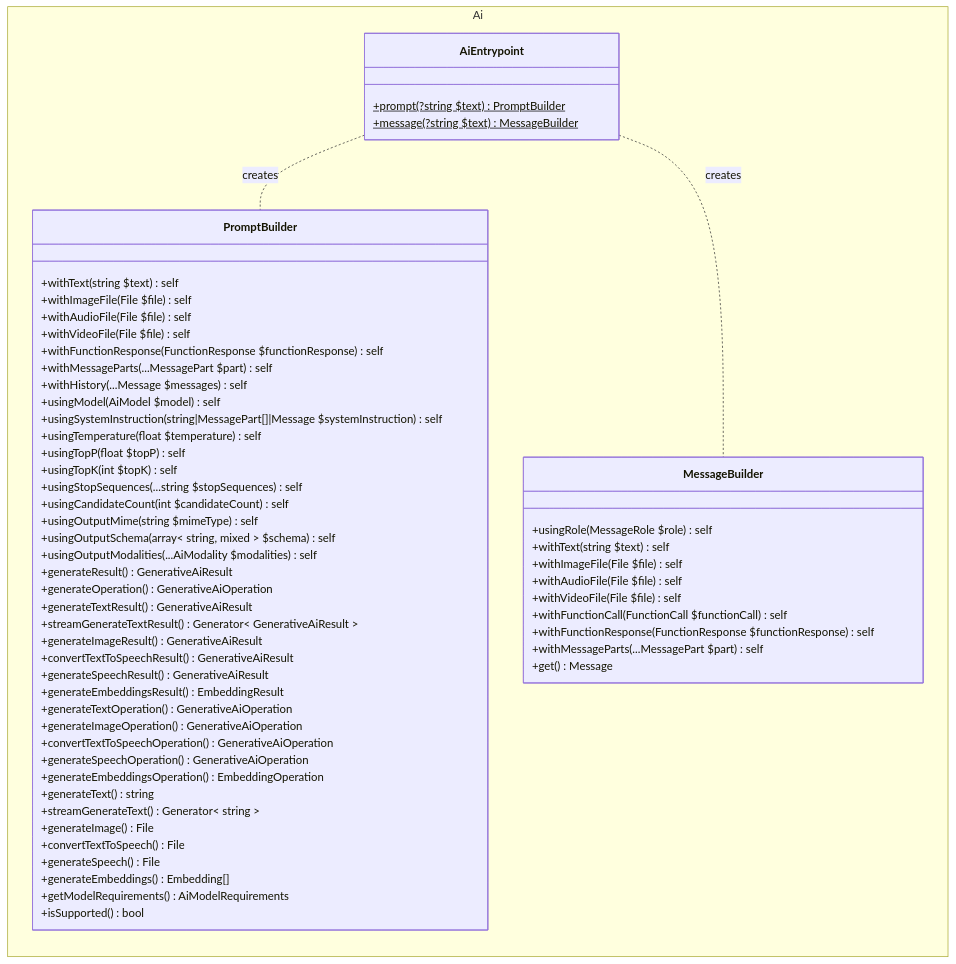
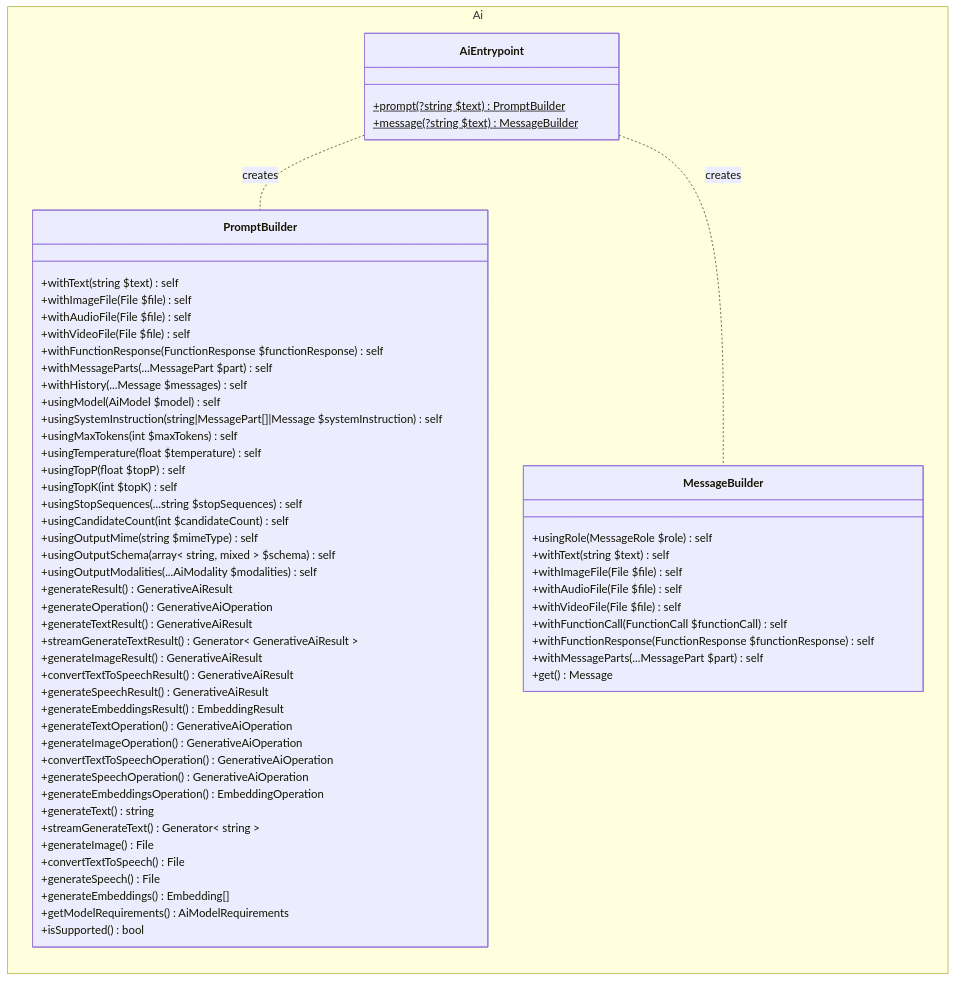
One commit to WordPress/php-ai-client changed the first of 5 diagrams in docs/ARCHITECTURE.md. Above: the diagram before and after it, drawn with Mermaid. The commit also changed other lines of this file, not shown here.

Commit message:
Include max_tokens as another illustrative AI option.

````diff
--- a/docs/ARCHITECTURE.md
+++ b/docs/ARCHITECTURE.md
@@ -203,71 +203,72 @@
 ```mermaid
 ---
 config:
   class:
     hideEmptyMembersBox: true
 ---
 classDiagram
 direction LR
     namespace Ai {
         class AiEntrypoint {
             +prompt(?string $text) PromptBuilder$
             +message(?string $text) MessageBuilder$
         }
 
         class PromptBuilder {
             +withText(string $text) self
             +withImageFile(File $file) self
             +withAudioFile(File $file) self
             +withVideoFile(File $file) self
             +withFunctionResponse(FunctionResponse $functionResponse) self
             +withMessageParts(...MessagePart $part) self
             +withHistory(...Message $messages) self
             +usingModel(AiModel $model) self
             +usingSystemInstruction(string|MessagePart[]|Message $systemInstruction) self
+            +usingMaxTokens(int $maxTokens) self
             +usingTemperature(float $temperature) self
             +usingTopP(float $topP) self
             +usingTopK(int $topK) self
             +usingStopSequences(...string $stopSequences) self
             +usingCandidateCount(int $candidateCount) self
             +usingOutputMime(string $mimeType) self
             +usingOutputSchema(array< string, mixed > $schema) self
             +usingOutputModalities(...AiModality $modalities) self
             +generateResult() GenerativeAiResult
             +generateOperation() GenerativeAiOperation
             +generateTextResult() GenerativeAiResult
             +streamGenerateTextResult() Generator< GenerativeAiResult >
             +generateImageResult() GenerativeAiResult
             +convertTextToSpeechResult() GenerativeAiResult
             +generateSpeechResult() GenerativeAiResult
             +generateEmbeddingsResult() EmbeddingResult
             +generateTextOperation() GenerativeAiOperation
             +generateImageOperation() GenerativeAiOperation
             +convertTextToSpeechOperation() GenerativeAiOperation
             +generateSpeechOperation() GenerativeAiOperation
             +generateEmbeddingsOperation() EmbeddingOperation
             +generateText() string
             +streamGenerateText() Generator< string >
             +generateImage() File
             +convertTextToSpeech() File
             +generateSpeech() File
             +generateEmbeddings() Embedding[]
             +getModelRequirements() AiModelRequirements
             +isSupported() bool
         }
 
         class MessageBuilder {
             +usingRole(MessageRole $role) self
             +withText(string $text) self
             +withImageFile(File $file) self
             +withAudioFile(File $file) self
             +withVideoFile(File $file) self
             +withFunctionCall(FunctionCall $functionCall) self
             +withFunctionResponse(FunctionResponse $functionResponse) self
             +withMessageParts(...MessagePart $part) self
             +get() Message
         }
     }
 
     AiEntrypoint .. PromptBuilder : creates
     AiEntrypoint .. MessageBuilder : creates
 ```
````
